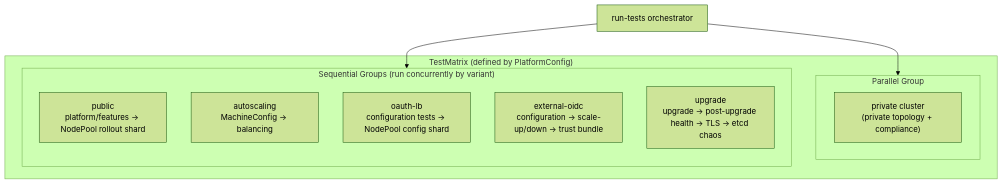
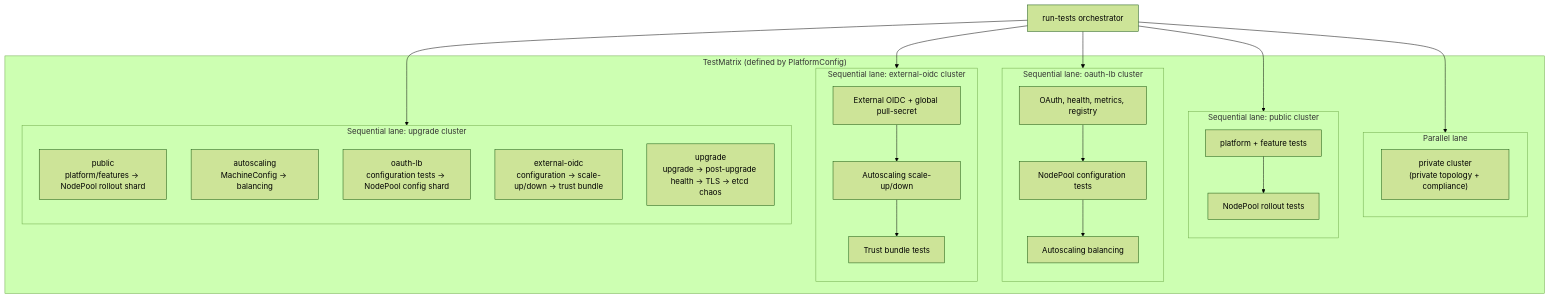
The third of 4 diagrams in docs/content/how-to/ci/v2-testing/test-flow.md (openshift/hypershift), drawn with Mermaid (forest theme) before and after one commit. The commit also changed other lines of this file, not shown here.

First line of the commit message:
docs: update Azure lifecycle test flow

````diff
--- a/docs/content/how-to/ci/v2-testing/test-flow.md
+++ b/docs/content/how-to/ci/v2-testing/test-flow.md
@@ -305,21 +285,47 @@
 ```mermaid
 flowchart TD
     subgraph TestMatrix["TestMatrix (defined by PlatformConfig)"]
-        subgraph Parallel["Parallel Group"]
+        subgraph Parallel["Parallel lane"]
             P1["private cluster<br/>(private topology + compliance)"]
         end
 
-        subgraph Sequential["Sequential Groups (run concurrently by variant)"]
+        subgraph Public["Sequential lane: public cluster"]
+            direction TB
+            PUB1["platform + feature tests"]
+            PUB2["NodePool rollout tests"]
+            PUB1 --> PUB2
+        end
+
+        subgraph OAuth["Sequential lane: oauth-lb cluster"]
+            direction TB
+            OAUTH1["OAuth, health, metrics, registry"]
+            OAUTH2["NodePool configuration tests"]
+            OAUTH3["Autoscaling balancing"]
+            OAUTH1 --> OAUTH2 --> OAUTH3
+        end
+
+        subgraph OIDC["Sequential lane: external-oidc cluster"]
+            direction TB
+            OIDC1["External OIDC + global pull-secret"]
+            OIDC2["Autoscaling scale-up/down"]
+            OIDC3["Trust bundle tests"]
+            OIDC1 --> OIDC2 --> OIDC3
+        end
+
+        subgraph Sequential["Sequential lane: upgrade cluster"]
             direction TB
             S1["public<br/>platform/features → NodePool rollout shard"]
             S2["autoscaling<br/>MachineConfig → balancing"]
             S3["oauth-lb<br/>configuration tests → NodePool config shard"]
             S4["external-oidc<br/>configuration → scale-up/down → trust bundle"]
             S5["upgrade<br/>upgrade → post-upgrade health → TLS → etcd chaos"]
         end
     end
 
     RT["run-tests orchestrator"] --> Parallel
+    RT --> Public
+    RT --> OAuth
+    RT --> OIDC
     RT --> Sequential
 
 ```
````
